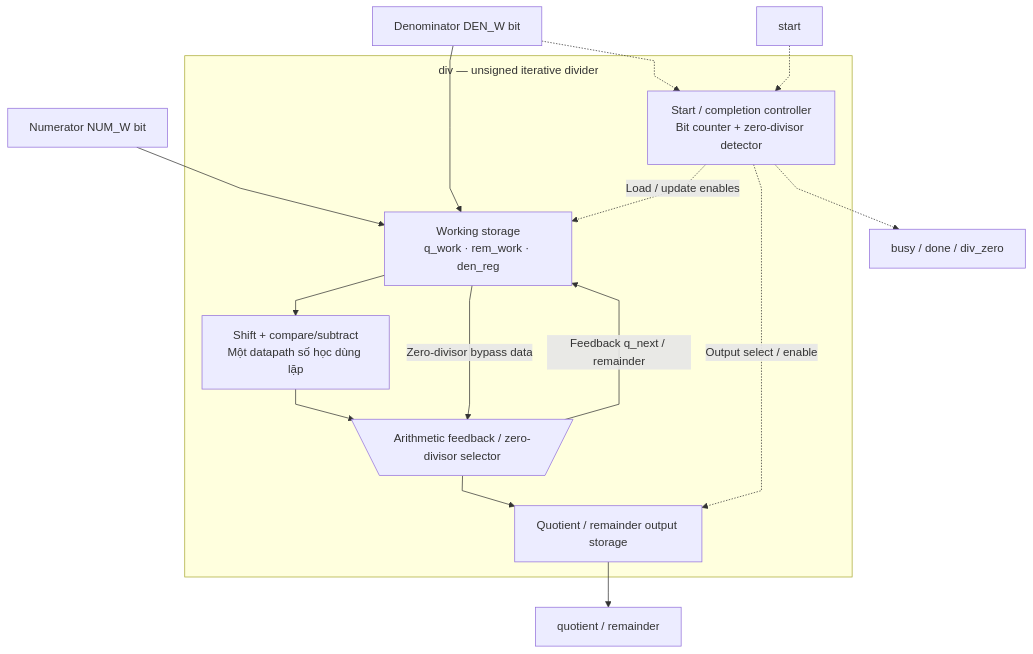
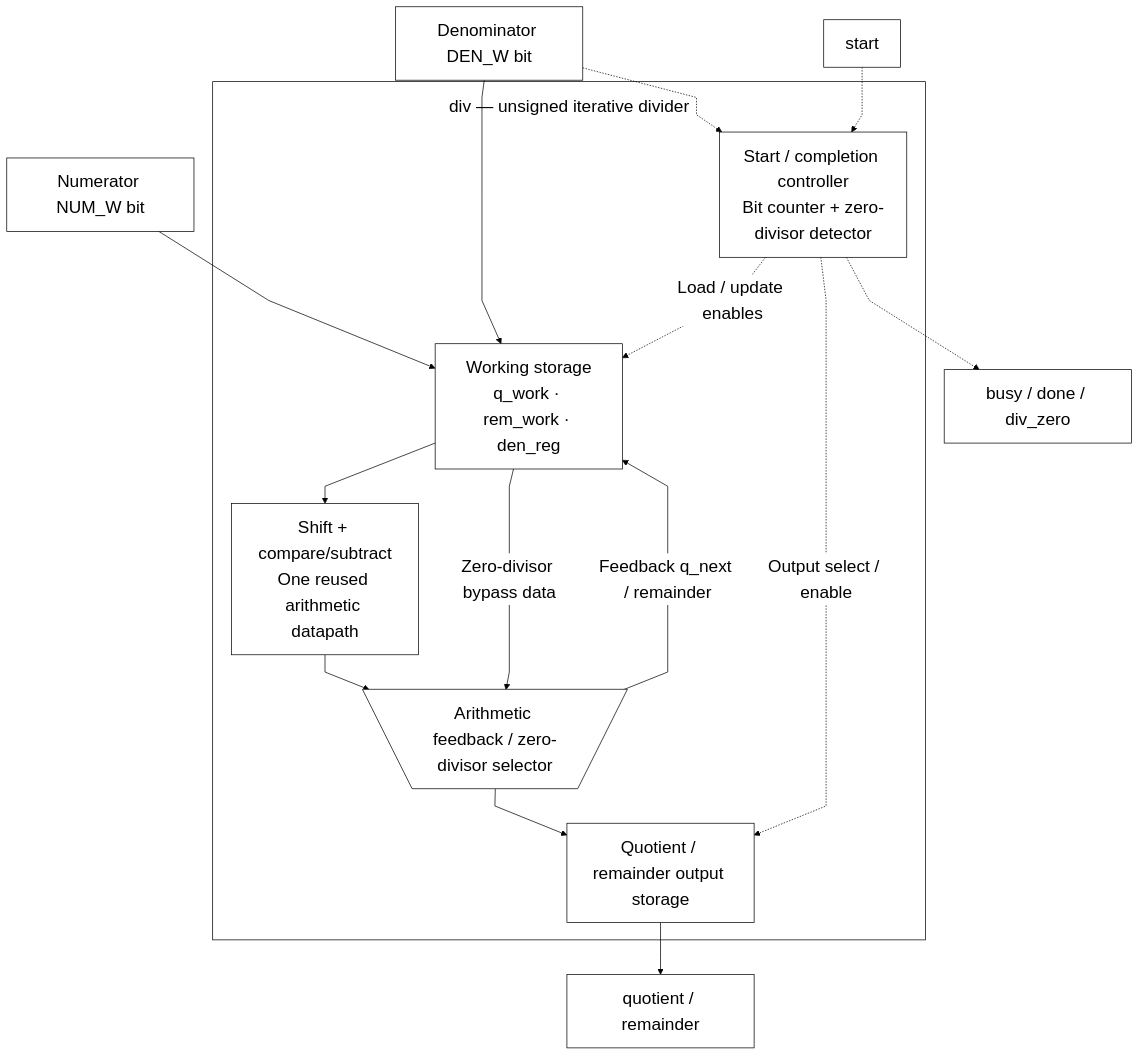
Before and after one commit to nguyennhutkhanhtom/NPU: the first of 2 diagrams in docs/source_guide/blocks/div.sv.md, drawn with Mermaid. The commit also changed other lines of this file and 102 other files, not shown here.

First line of the commit message:
docs: refresh guides and source-grounded RTL diagrams

````diff
--- a/docs/source_guide/blocks/div.sv.md
+++ b/docs/source_guide/blocks/div.sv.md
@@ -15,26 +15,28 @@
 ```mermaid
+%%{init: {"theme":"base","fontFamily":"Arial, sans-serif","themeVariables":{"fontSize":"24px","primaryColor":"#ffffff","primaryTextColor":"#000000","primaryBorderColor":"#000000","secondaryColor":"#ffffff","tertiaryColor":"#ffffff","lineColor":"#000000","textColor":"#000000","mainBkg":"#ffffff","nodeBorder":"#000000","clusterBkg":"#ffffff","clusterBorder":"#000000","edgeLabelBackground":"#ffffff"},"flowchart":{"htmlLabels":true,"useMaxWidth":false,"nodeSpacing":32,"rankSpacing":48,"curve":"linear","subGraphTitleMargin":{"top":16,"bottom":30}}}}%%
 flowchart TB
-%%{init: {"flowchart": {"subGraphTitleMargin": {"top": 8, "bottom": 20}, "nodeSpacing": 28, "rankSpacing": 42, "curve": "linear"}}}%%
-    N["Numerator NUM_W bit"]
+N["Numerator NUM_W bit"]
     D["Denominator DEN_W bit"]
     subgraph DIV["div — unsigned iterative divider"]
         CTRL["Start / completion controller<br/>Bit counter + zero-divisor detector"]
         WORK["Working storage<br/>q_work · rem_work · den_reg"]
-        ALU["Shift + compare/subtract<br/>Một datapath số học dùng lặp"]
+        ALU["Shift + compare/subtract<br/>One reused arithmetic datapath"]
         MUX@{ shape: trap-t, label: "Arithmetic feedback / zero-divisor selector" }
         OUT["Quotient / remainder output storage"]
     end
     N --> WORK
     D --> WORK
     D -.-> CTRL
     START["start"] -.-> CTRL
     WORK --> ALU
     ALU --> MUX
     WORK -->|"Zero-divisor bypass data"| MUX
     MUX -->|"Feedback q_next / remainder"| WORK
     MUX --> OUT
     CTRL -.->|"Load / update enables"| WORK
     CTRL -.->|"Output select / enable"| OUT
     OUT --> Q["quotient / remainder"]
     CTRL -.-> STATUS["busy / done / div_zero"]
+    classDef default fill:white,stroke:black,color:black,font-size:24px;
+    linkStyle default stroke:black,color:black;
 ```
````
